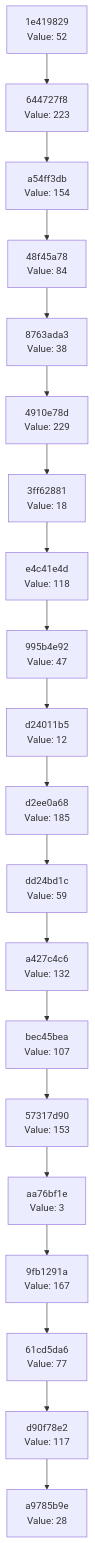
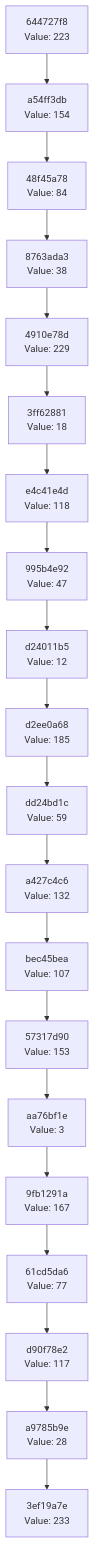
One commit to Abhisheksinha1506/hash-chain-evolver changed the diagram in docs/CHAIN_VISUALIZATION.md. Above: the diagram before and after it, drawn with Mermaid. The commit also changed 2 other files, not shown here.

Commit message:
Evolution Step

````diff
--- a/docs/CHAIN_VISUALIZATION.md
+++ b/docs/CHAIN_VISUALIZATION.md
@@ -3,42 +3,42 @@
 ```mermaid
 graph TD
-    C0["a9785b9e<br/>Value: 28"]
-    C1["d90f78e2<br/>Value: 117"]
+    C0["3ef19a7e<br/>Value: 233"]
+    C1["a9785b9e<br/>Value: 28"]
     C1 --> C0
-    C2["61cd5da6<br/>Value: 77"]
+    C2["d90f78e2<br/>Value: 117"]
     C2 --> C1
-    C3["9fb1291a<br/>Value: 167"]
+    C3["61cd5da6<br/>Value: 77"]
     C3 --> C2
-    C4["aa76bf1e<br/>Value: 3"]
+    C4["9fb1291a<br/>Value: 167"]
     C4 --> C3
-    C5["57317d90<br/>Value: 153"]
+    C5["aa76bf1e<br/>Value: 3"]
     C5 --> C4
-    C6["bec45bea<br/>Value: 107"]
+    C6["57317d90<br/>Value: 153"]
     C6 --> C5
-    C7["a427c4c6<br/>Value: 132"]
+    C7["bec45bea<br/>Value: 107"]
     C7 --> C6
-    C8["dd24bd1c<br/>Value: 59"]
+    C8["a427c4c6<br/>Value: 132"]
     C8 --> C7
-    C9["d2ee0a68<br/>Value: 185"]
+    C9["dd24bd1c<br/>Value: 59"]
     C9 --> C8
-    C10["d24011b5<br/>Value: 12"]
+    C10["d2ee0a68<br/>Value: 185"]
     C10 --> C9
-    C11["995b4e92<br/>Value: 47"]
+    C11["d24011b5<br/>Value: 12"]
     C11 --> C10
-    C12["e4c41e4d<br/>Value: 118"]
+    C12["995b4e92<br/>Value: 47"]
     C12 --> C11
-    C13["3ff62881<br/>Value: 18"]
+    C13["e4c41e4d<br/>Value: 118"]
     C13 --> C12
-    C14["4910e78d<br/>Value: 229"]
+    C14["3ff62881<br/>Value: 18"]
     C14 --> C13
-    C15["8763ada3<br/>Value: 38"]
+    C15["4910e78d<br/>Value: 229"]
     C15 --> C14
-    C16["48f45a78<br/>Value: 84"]
+    C16["8763ada3<br/>Value: 38"]
     C16 --> C15
-    C17["a54ff3db<br/>Value: 154"]
+    C17["48f45a78<br/>Value: 84"]
     C17 --> C16
-    C18["644727f8<br/>Value: 223"]
+    C18["a54ff3db<br/>Value: 154"]
     C18 --> C17
-    C19["1e419829<br/>Value: 52"]
+    C19["644727f8<br/>Value: 223"]
     C19 --> C18
 ```
````
